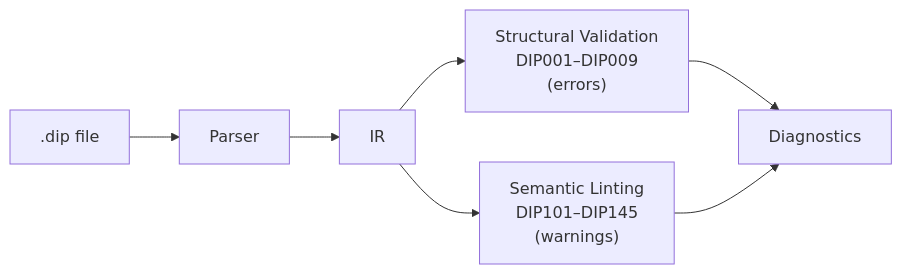
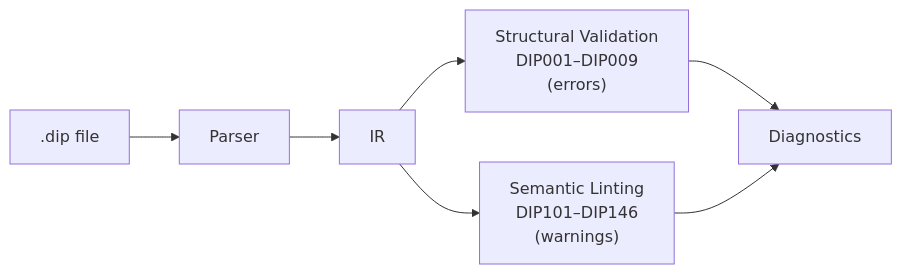
One commit to 2389-research/dippin-lang changed the diagram in docs/validation.md. Above: the diagram before and after it, drawn with Mermaid. The commit also changed other lines of this file and 4 other files, not shown here.

````diff
--- a/docs/validation.md
+++ b/docs/validation.md
@@ -10,9 +10,9 @@
 ```mermaid
 graph LR
     SRC[".dip file"] --> PARSE["Parser"]
     PARSE --> IR["IR"]
     IR --> VAL["Structural Validation<br>DIP001–DIP009<br>(errors)"]
-    IR --> LINT["Semantic Linting<br>DIP101–DIP145<br>(warnings)"]
+    IR --> LINT["Semantic Linting<br>DIP101–DIP146<br>(warnings)"]
     VAL --> DIAG["Diagnostics"]
     LINT --> DIAG
 ```
````
